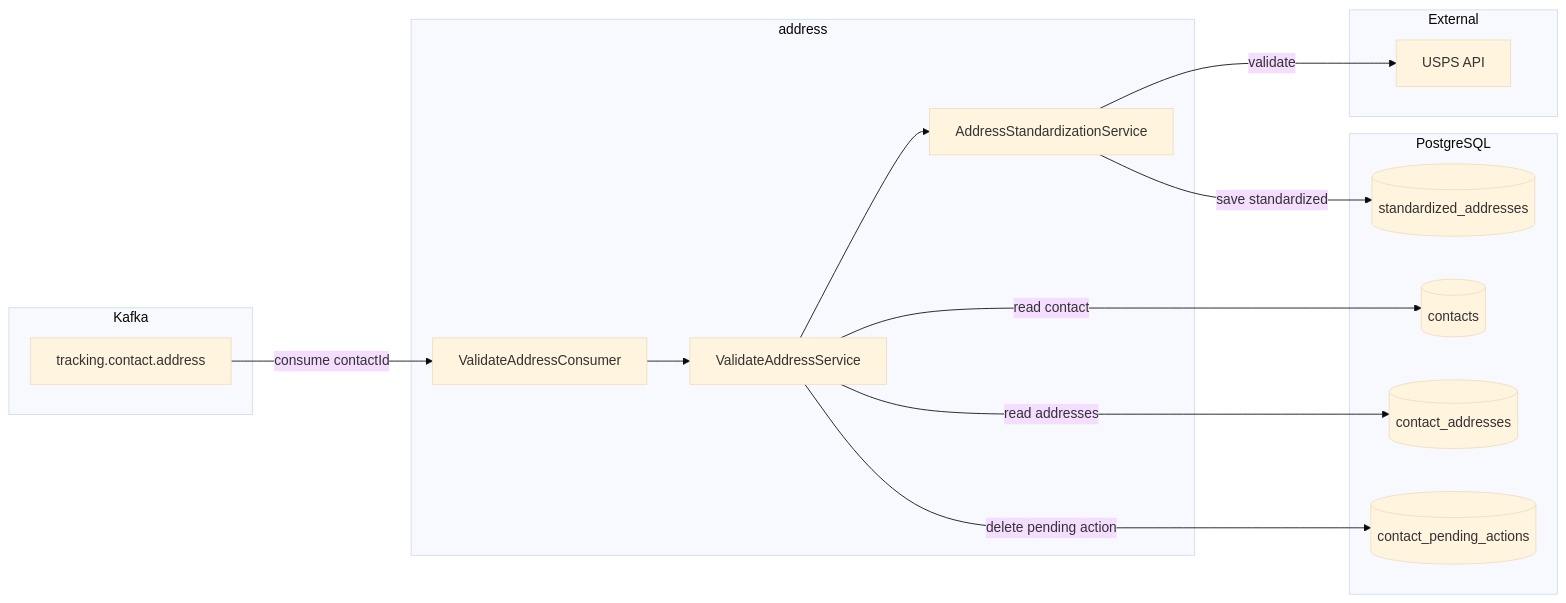
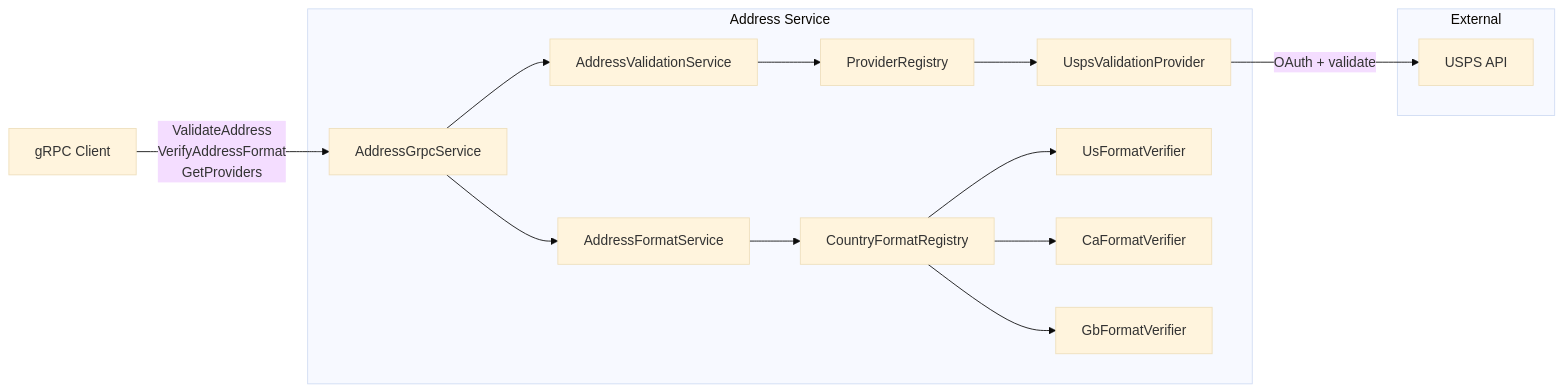
The diagram in address/README.md (bobhablutzel/geastalt), drawn with Mermaid (base theme) before and after one commit. The commit also changed other lines of this file and 729 other files, not shown here.

First line of the commit message:
Rename contact-consumer-ids to async-generate-ffpe-id, restructure address service, and standardize all systems

````diff
--- a/address/README.md
+++ b/address/README.md
@@ -17,32 +18,30 @@
 ```mermaid
 flowchart LR
-    subgraph Kafka
-        topic["tracking.contact.address"]
-    end
+    subgraph address["Address Service"]
+        grpc["AddressGrpcService"]
+        validation["AddressValidationService"]
+        format["AddressFormatService"]
+        registry["ProviderRegistry"]
+        formatRegistry["CountryFormatRegistry"]
+        usps["UspsValidationProvider"]
+        usFmt["UsFormatVerifier"]
+        caFmt["CaFormatVerifier"]
+        gbFmt["GbFormatVerifier"]
 
-    subgraph address["address"]
-        listener["ValidateAddressConsumer"]
-        service["ValidateAddressService"]
-        usps["AddressStandardizationService"]
-        listener --> service
-        service --> usps
+        grpc --> validation
+        grpc --> format
+        validation --> registry
+        format --> formatRegistry
+        registry --> usps
+        formatRegistry --> usFmt
+        formatRegistry --> caFmt
+        formatRegistry --> gbFmt
     end
 
     subgraph External
         uspsApi["USPS API"]
     end
 
-    subgraph Database["PostgreSQL"]
-        contacts[(contacts)]
-        addresses[(contact_addresses)]
-        stdAddresses[(standardized_addresses)]
-        pendingActions[(contact_pending_actions)]
-    end
-
-    topic -->|"consume contactId"| listener
-    service -->|"read contact"| contacts
-    service -->|"read addresses"| addresses
-    usps -->|"validate"| uspsApi
-    usps -->|"save standardized"| stdAddresses
-    service -->|"delete pending action"| pendingActions
+    client["gRPC Client"] -->|"ValidateAddress\nVerifyAddressFormat\nGetProviders"| grpc
+    usps -->|"OAuth + validate"| uspsApi
 ```
````
